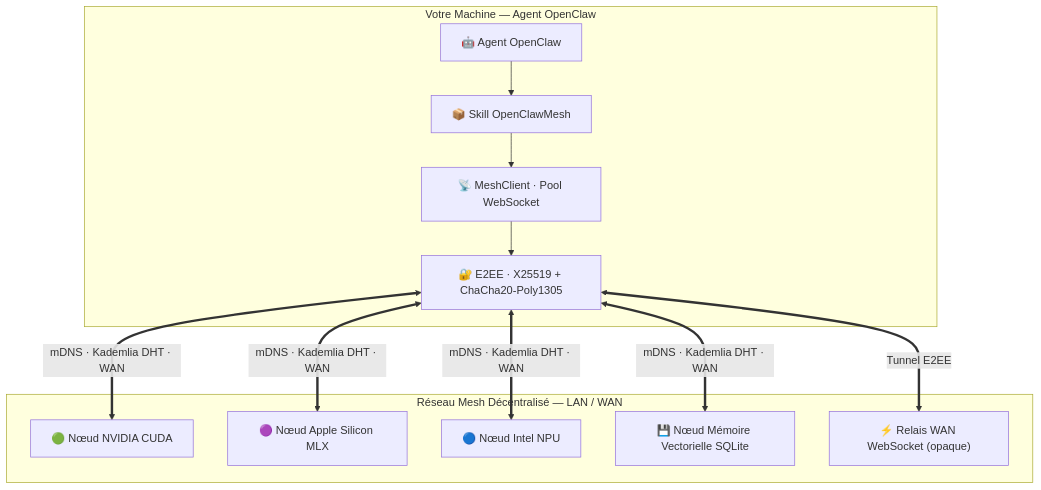
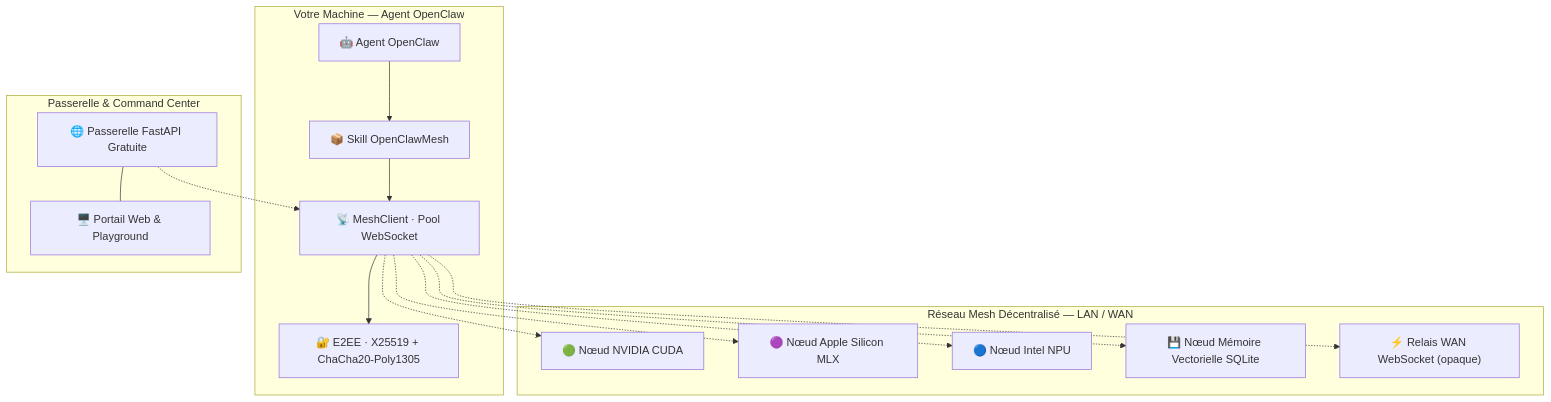
The diagram in README.fr.md (samajesteduroyaume/OpenClawMesh), drawn with Mermaid before and after one commit. The commit also changed other lines of this file and 38 other files, not shown here.

Commit message:
feat: major architecture upgrade - P2P ICE, Gossip metrics, DHT persistence, MoE tensor pipeline, Semantic KV-Cache, Web Graph Dashboard, Chat Playground, OpenAPI tools, and Client SDKs

````diff
--- a/README.fr.md
+++ b/README.fr.md
@@ -83,24 +80,31 @@
 ```mermaid
 graph TD
     subgraph "Votre Machine — Agent OpenClaw"
         OC["🤖 Agent OpenClaw"]
         SKILL["📦 Skill OpenClawMesh"]
         Client["📡 MeshClient · Pool WebSocket"]
         E2EE["🔐 E2EE · X25519 + ChaCha20-Poly1305"]
         OC --> SKILL --> Client --> E2EE
     end
 
     subgraph "Réseau Mesh Décentralisé — LAN / WAN"
         N1["🟢 Nœud NVIDIA CUDA"]
         N2["🟣 Nœud Apple Silicon MLX"]
         N3["🔵 Nœud Intel NPU"]
         N4["💾 Nœud Mémoire Vectorielle SQLite"]
         R["⚡ Relais WAN WebSocket (opaque)"]
     end
 
-    E2EE <== "mDNS · Kademlia DHT · WAN" ==> N1
-    E2EE <== "mDNS · Kademlia DHT · WAN" ==> N2
-    E2EE <== "mDNS · Kademlia DHT · WAN" ==> N3
-    E2EE <== "mDNS · Kademlia DHT · WAN" ==> N4
-    E2EE <== "Tunnel E2EE" ==> R
+    subgraph "Passerelle & Command Center"
+        GW["🌐 Passerelle FastAPI Gratuite"]
+        UI["🖥️ Portail Web & Playground"]
+        GW --- UI
+    end
+
+    Client -.-> N1
+    Client -.-> N2
+    Client -.-> N3
+    Client -.-> N4
+    Client -.-> R
+    GW -.-> Client
 ```
````
